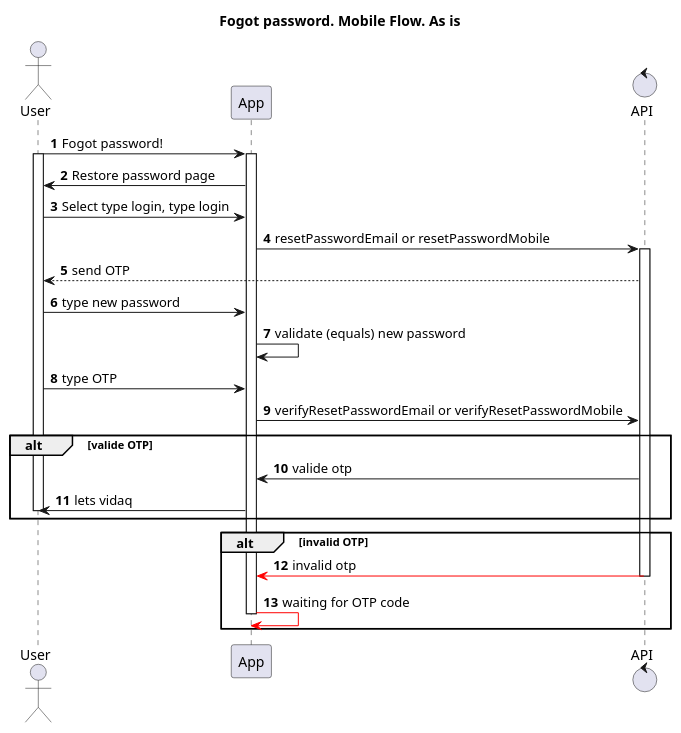
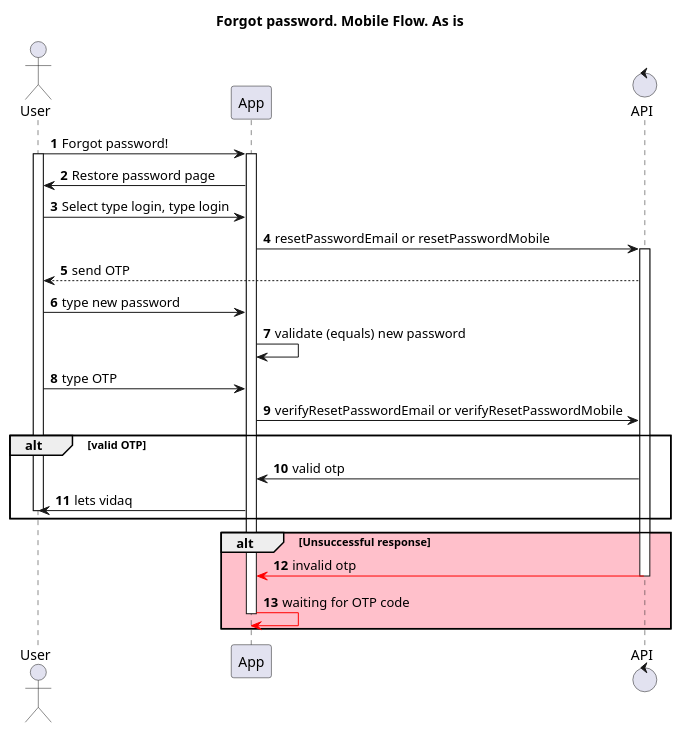
Before and after one commit to algruwork/work: the diagram in schemas/fogotPasswordAsIs.puml, drawn with PlantUML.

Commit message:
fix some mistakes

```diff
--- a/schemas/fogotPasswordAsIs.puml
+++ b/schemas/fogotPasswordAsIs.puml
@@ -1,36 +1,36 @@
 @startuml
 actor User as U
 participant App as A
 control API as B
 
-title "Fogot password. Mobile Flow. As is"
+title "Forgot password. Mobile Flow. As is"
 
 autonumber
 
-U -> A: Fogot password!
+U -> A: Forgot password!
 activate U
 activate A
 
 A -> U: Restore password page
 
 U -> A: Select type login, type login
 A -> B: resetPasswordEmail or resetPasswordMobile
 activate B
 B --> U: send OTP
 U -> A: type new password
 A -> A: validate (equals) new password
 A <- U: type OTP
 A -> B: verifyResetPasswordEmail or verifyResetPasswordMobile
-alt valide OTP
-B -> A: valide otp
+alt valid OTP
+B -> A: valid otp
 A -> U: lets vidaq
 deactivate U
 end
-alt invalid OTP
+alt #Pink Unsuccessful response
 B [#Red]-> A: invalid otp
 deactivate B
 A [#Red]-> A: waiting for OTP code
 deactivate A
 end
 
 @enduml
```
